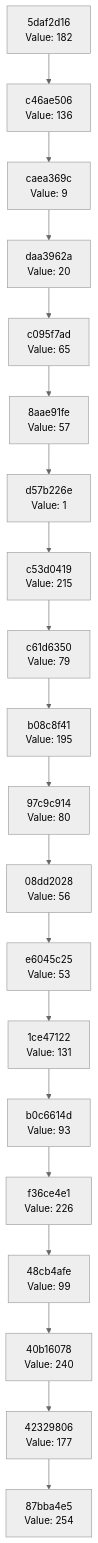
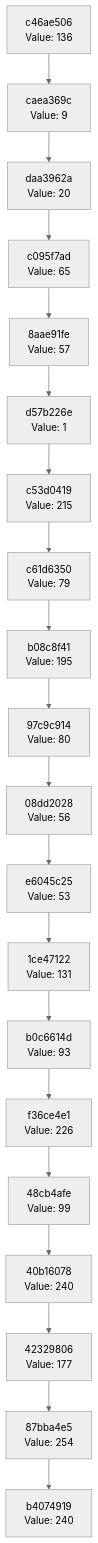
The diagram in docs/CHAIN_VISUALIZATION.md (Abhisheksinha1506/hash-chain-evolver), drawn with Mermaid (neutral theme) before and after one commit. The commit also changed 3 other files, not shown here.

````diff
--- a/docs/CHAIN_VISUALIZATION.md
+++ b/docs/CHAIN_VISUALIZATION.md
@@ -3,42 +3,42 @@
 ```mermaid
 graph TD
-    C0["87bba4e5<br/>Value: 254"]
-    C1["42329806<br/>Value: 177"]
+    C0["b4074919<br/>Value: 240"]
+    C1["87bba4e5<br/>Value: 254"]
     C1 --> C0
-    C2["40b16078<br/>Value: 240"]
+    C2["42329806<br/>Value: 177"]
     C2 --> C1
-    C3["48cb4afe<br/>Value: 99"]
+    C3["40b16078<br/>Value: 240"]
     C3 --> C2
-    C4["f36ce4e1<br/>Value: 226"]
+    C4["48cb4afe<br/>Value: 99"]
     C4 --> C3
-    C5["b0c6614d<br/>Value: 93"]
+    C5["f36ce4e1<br/>Value: 226"]
     C5 --> C4
-    C6["1ce47122<br/>Value: 131"]
+    C6["b0c6614d<br/>Value: 93"]
     C6 --> C5
-    C7["e6045c25<br/>Value: 53"]
+    C7["1ce47122<br/>Value: 131"]
     C7 --> C6
-    C8["08dd2028<br/>Value: 56"]
+    C8["e6045c25<br/>Value: 53"]
     C8 --> C7
-    C9["97c9c914<br/>Value: 80"]
+    C9["08dd2028<br/>Value: 56"]
     C9 --> C8
-    C10["b08c8f41<br/>Value: 195"]
+    C10["97c9c914<br/>Value: 80"]
     C10 --> C9
-    C11["c61d6350<br/>Value: 79"]
+    C11["b08c8f41<br/>Value: 195"]
     C11 --> C10
-    C12["c53d0419<br/>Value: 215"]
+    C12["c61d6350<br/>Value: 79"]
     C12 --> C11
-    C13["d57b226e<br/>Value: 1"]
+    C13["c53d0419<br/>Value: 215"]
     C13 --> C12
-    C14["8aae91fe<br/>Value: 57"]
+    C14["d57b226e<br/>Value: 1"]
     C14 --> C13
-    C15["c095f7ad<br/>Value: 65"]
+    C15["8aae91fe<br/>Value: 57"]
     C15 --> C14
-    C16["daa3962a<br/>Value: 20"]
+    C16["c095f7ad<br/>Value: 65"]
     C16 --> C15
-    C17["caea369c<br/>Value: 9"]
+    C17["daa3962a<br/>Value: 20"]
     C17 --> C16
-    C18["c46ae506<br/>Value: 136"]
+    C18["caea369c<br/>Value: 9"]
     C18 --> C17
-    C19["5daf2d16<br/>Value: 182"]
+    C19["c46ae506<br/>Value: 136"]
     C19 --> C18
 ```
````
